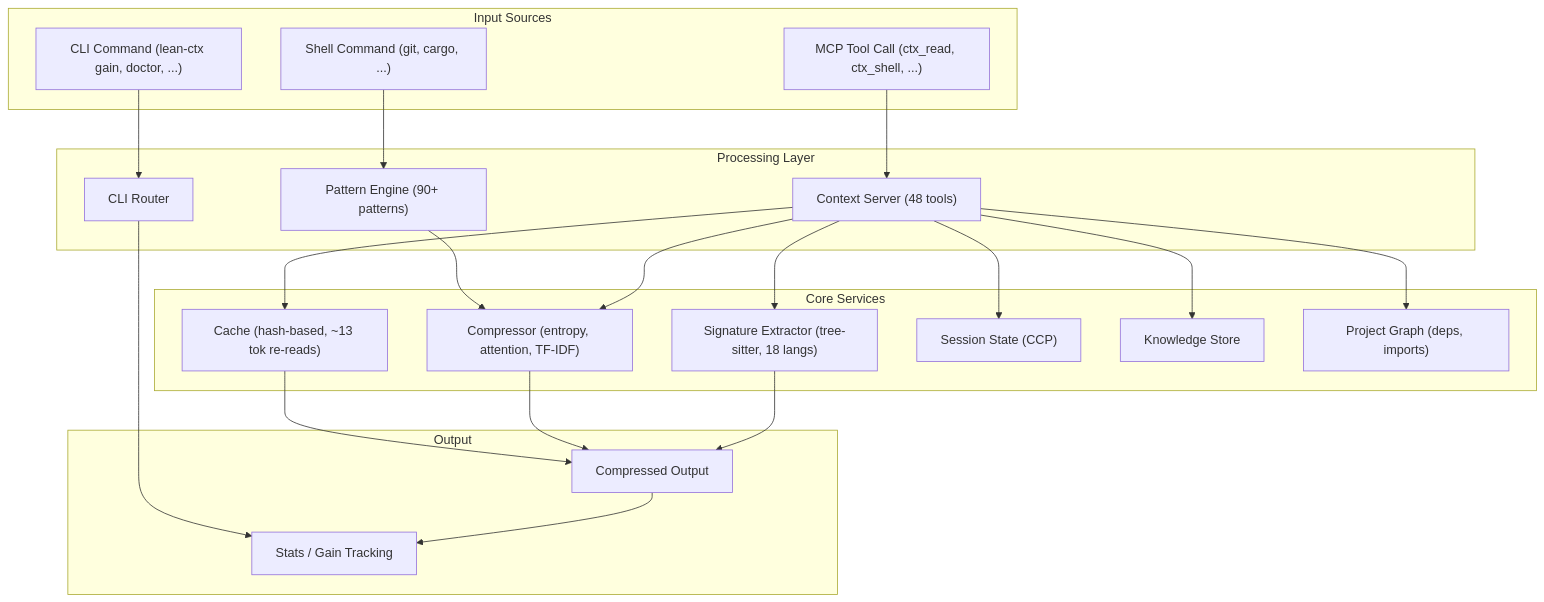
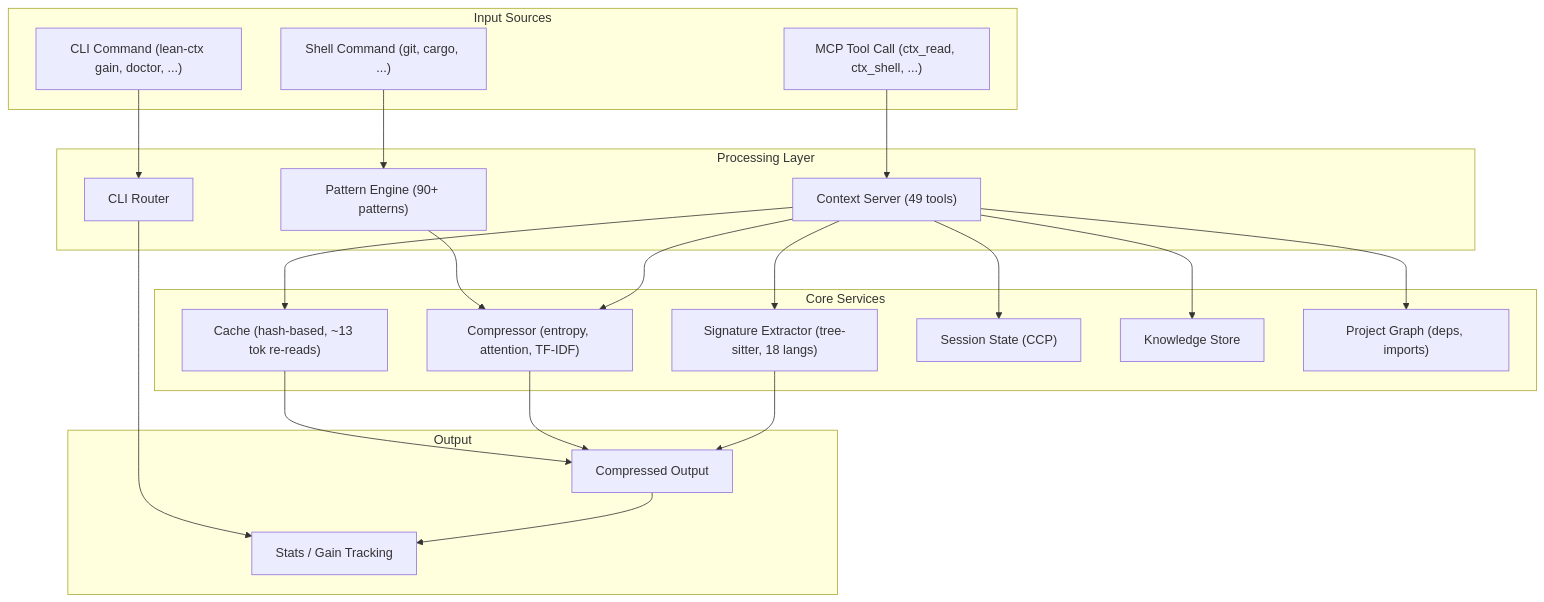
The diagram in ARCHITECTURE.md (HSKIMRobert/lean-ctx), drawn with Mermaid before and after one commit. The commit also changed 69 other files, not shown here.

````diff
--- a/ARCHITECTURE.md
+++ b/ARCHITECTURE.md
@@ -7,48 +7,48 @@
 ```mermaid
 flowchart TD
     subgraph input [Input Sources]
         ShellCmd["Shell Command (git, cargo, ...)"]
         McpReq["MCP Tool Call (ctx_read, ctx_shell, ...)"]
         CliCmd["CLI Command (lean-ctx gain, doctor, ...)"]
     end
 
     subgraph processing [Processing Layer]
         PatternEngine["Pattern Engine (90+ patterns)"]
-        ContextServer["Context Server (48 tools)"]
+        ContextServer["Context Server (49 tools)"]
         CliRouter["CLI Router"]
     end
 
     subgraph core [Core Services]
         Cache["Cache (hash-based, ~13 tok re-reads)"]
         Signatures["Signature Extractor (tree-sitter, 18 langs)"]
         Compression["Compressor (entropy, attention, TF-IDF)"]
         Session["Session State (CCP)"]
         Knowledge["Knowledge Store"]
         Graph["Project Graph (deps, imports)"]
     end
 
     subgraph output [Output]
         CompressedOut["Compressed Output"]
         Stats["Stats / Gain Tracking"]
     end
 
     ShellCmd --> PatternEngine
     McpReq --> ContextServer
     CliCmd --> CliRouter
 
     PatternEngine --> Compression
     ContextServer --> Cache
     ContextServer --> Signatures
     ContextServer --> Compression
     CliRouter --> Stats
 
     Cache --> CompressedOut
     Compression --> CompressedOut
     Signatures --> CompressedOut
 
     ContextServer --> Session
     ContextServer --> Knowledge
     ContextServer --> Graph
 
     CompressedOut --> Stats
 ```
````
